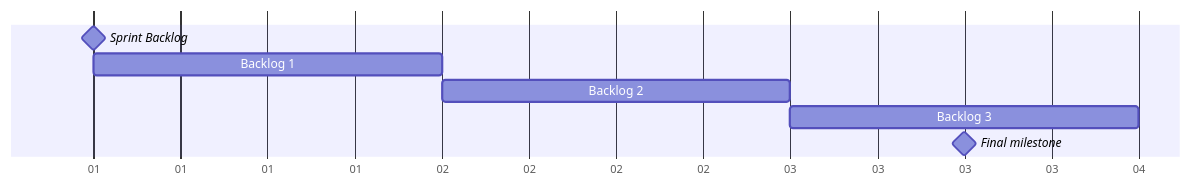
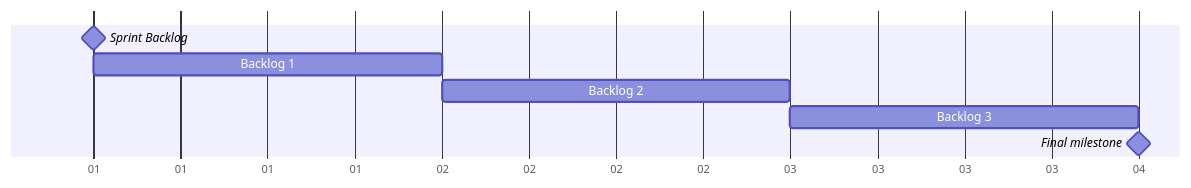
The second of 2 diagrams in sprint.md (Iagocds/Projeto-Integrado), drawn with Mermaid before and after one commit.

````diff
--- a/sprint.md
+++ b/sprint.md
@@ -24,10 +24,10 @@
 ```mermaid
 gantt
     dateFormat D
     axisFormat %d
     Sprint Backlog : milestone, m1, 1, 0d
     Backlog 1 : 1d
     Backlog 2 : 1d
     Backlog 3 : 1d
-    Final milestone : milestone, m2, 3, 1d
+    Final milestone : milestone, m2, 4, 0d
 ```
````
